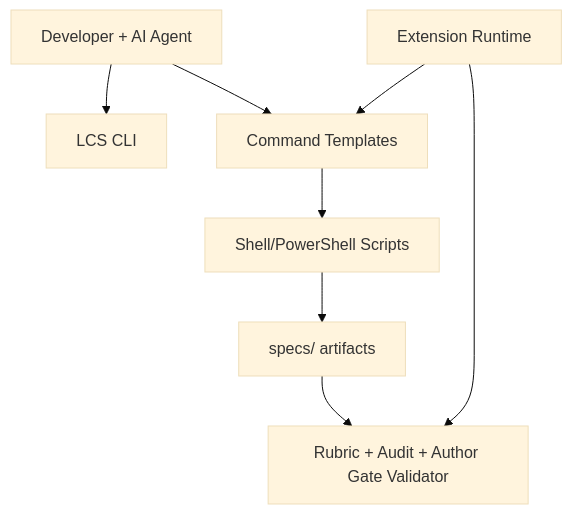
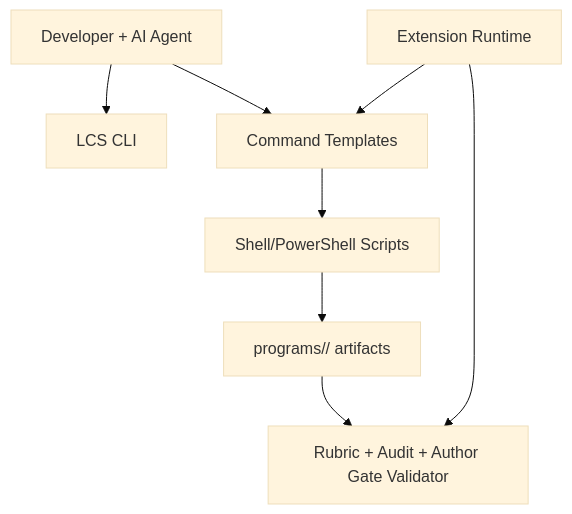
One commit to maemreyo/learning-content-specifier changed the diagram in docs/system/architect/system-architecture.md. Above: the diagram before and after it, drawn with Mermaid (base theme). The commit also changed 43 other files, not shown here.

````diff
--- a/docs/system/architect/system-architecture.md
+++ b/docs/system/architect/system-architecture.md
@@ -3,18 +3,18 @@
 ```mermaid
 graph TB
     User[Developer + AI Agent]
     CLI[LCS CLI]
     Cmd[Command Templates]
     Script[Shell/PowerShell Scripts]
-    Artifacts[specs/<unit> artifacts]
+    Artifacts[programs/<program>/<unit> artifacts]
     Gates[Rubric + Audit + Author Gate Validator]
     Extensions[Extension Runtime]
 
     User --> CLI
     User --> Cmd
     Cmd --> Script
     Script --> Artifacts
     Artifacts --> Gates
     Extensions --> Cmd
     Extensions --> Gates
 ```
````
